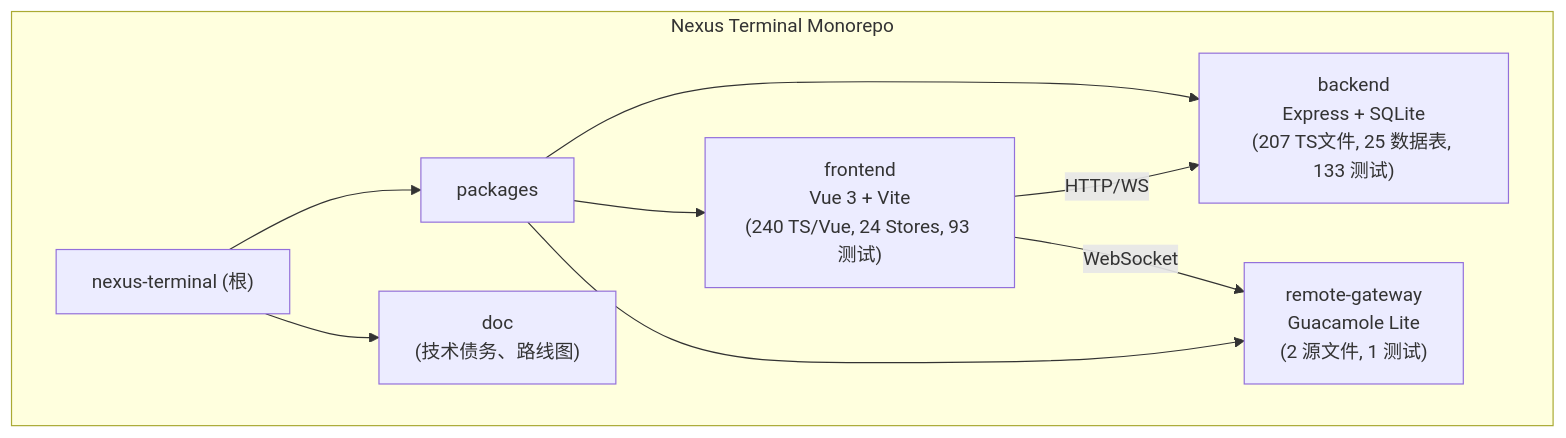
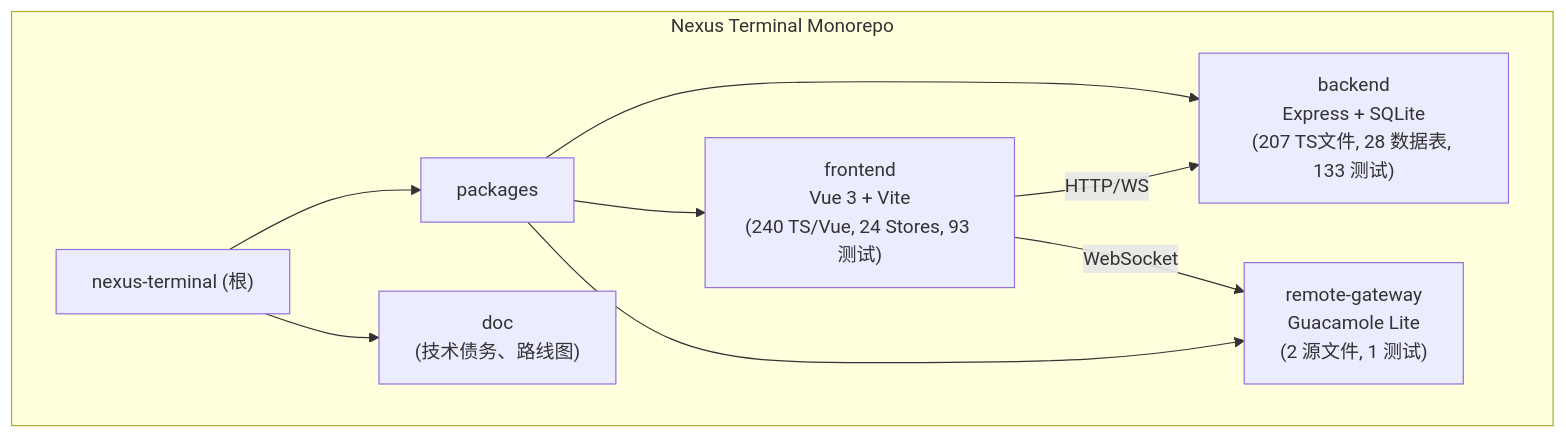
Before and after one commit to Silentely/nexus-terminal: the first of 2 diagrams in CLAUDE.md, drawn with Mermaid. The commit also changed other lines of this file and 74 other files, not shown here.

````diff
--- a/CLAUDE.md
+++ b/CLAUDE.md
@@ -39,12 +39,12 @@
 ```mermaid
 graph TD
     subgraph "Nexus Terminal Monorepo"
         A["nexus-terminal (根)"] --> B["packages"]
-        B --> C["backend<br/>Express + SQLite<br/>(207 TS文件, 25 数据表, 133 测试)"]
+        B --> C["backend<br/>Express + SQLite<br/>(207 TS文件, 28 数据表, 133 测试)"]
         B --> D["frontend<br/>Vue 3 + Vite<br/>(240 TS/Vue, 24 Stores, 93 测试)"]
         B --> E["remote-gateway<br/>Guacamole Lite<br/>(2 源文件, 1 测试)"]
         A --> F["doc<br/>(技术债务、路线图)"]
     end
     D -- "HTTP/WS" --> C
     D -- "WebSocket" --> E
 ```
````
